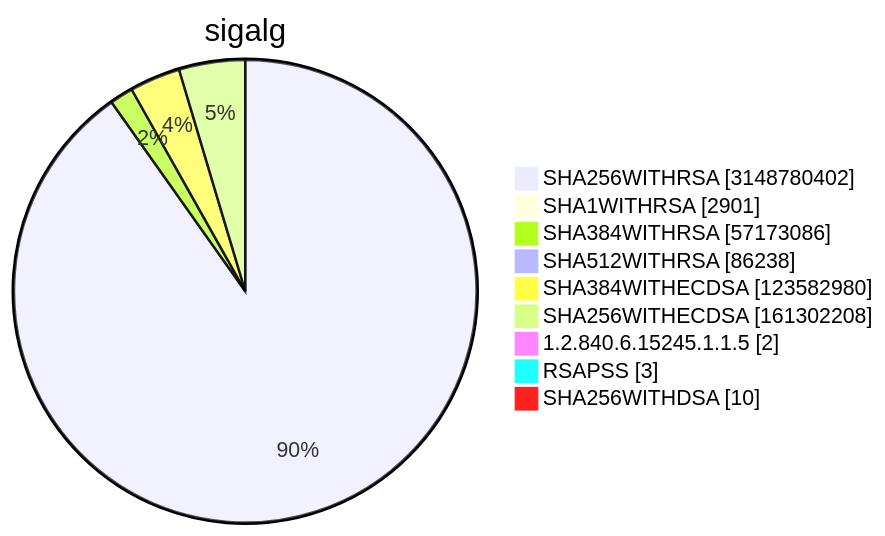
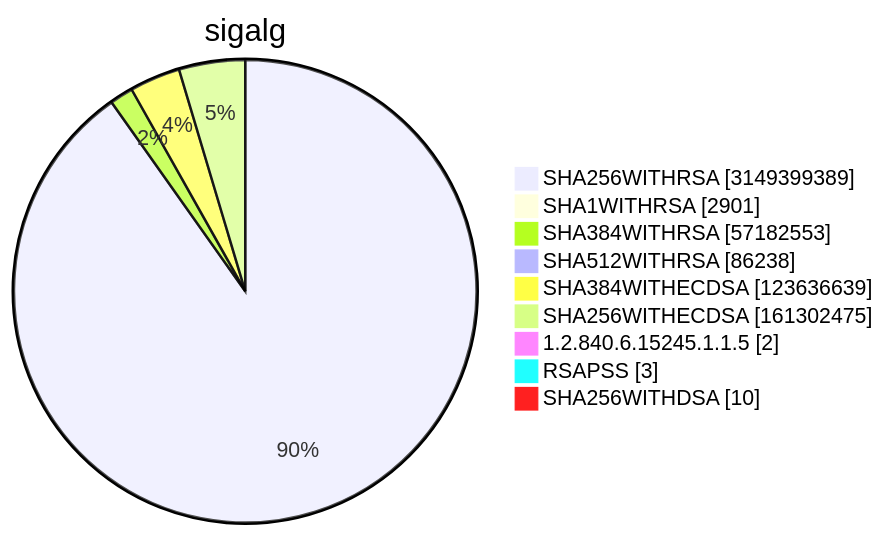
Diagram 15 of 15 in TOTAL/README.md (christiankrug/ctmonitor_visualization), drawn with Mermaid before and after one commit. The commit also changed other lines of this file, not shown here.

````diff
--- a/TOTAL/README.md
+++ b/TOTAL/README.md
@@ -6213,13 +6213,13 @@
 ```mermaid
 pie showData
 title sigalg
-"SHA256WITHRSA" :3148780402
+"SHA256WITHRSA" :3149399389
 "SHA1WITHRSA" :2901
-"SHA384WITHRSA" :57173086
+"SHA384WITHRSA" :57182553
 "SHA512WITHRSA" :86238
-"SHA384WITHECDSA" :123582980
-"SHA256WITHECDSA" :161302208
+"SHA384WITHECDSA" :123636639
+"SHA256WITHECDSA" :161302475
 "1.2.840.6.15245.1.1.5" :2
 "RSAPSS" :3
 "SHA256WITHDSA" :10
 ```
````
